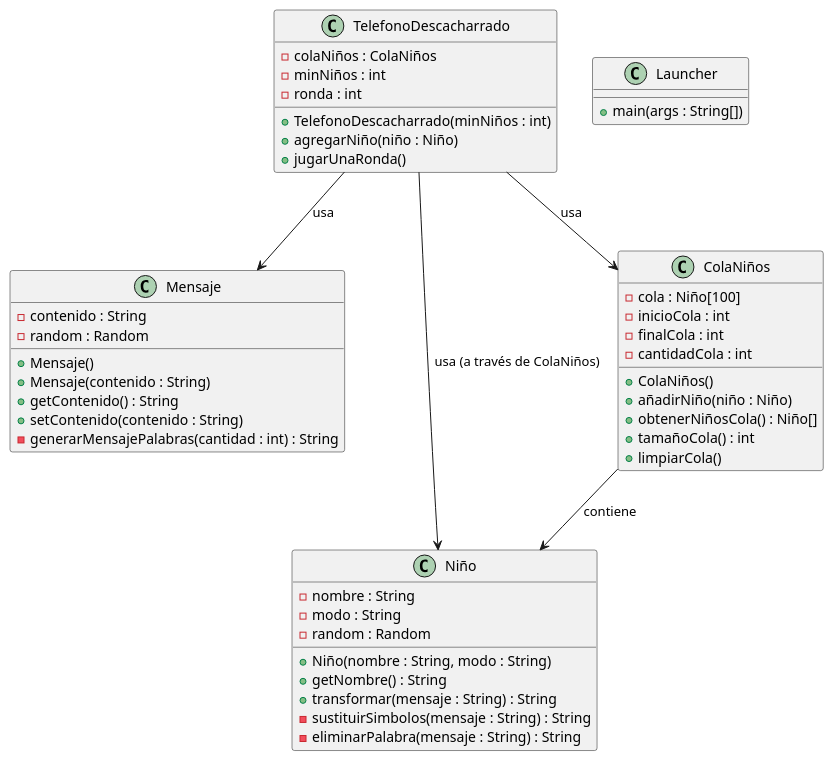
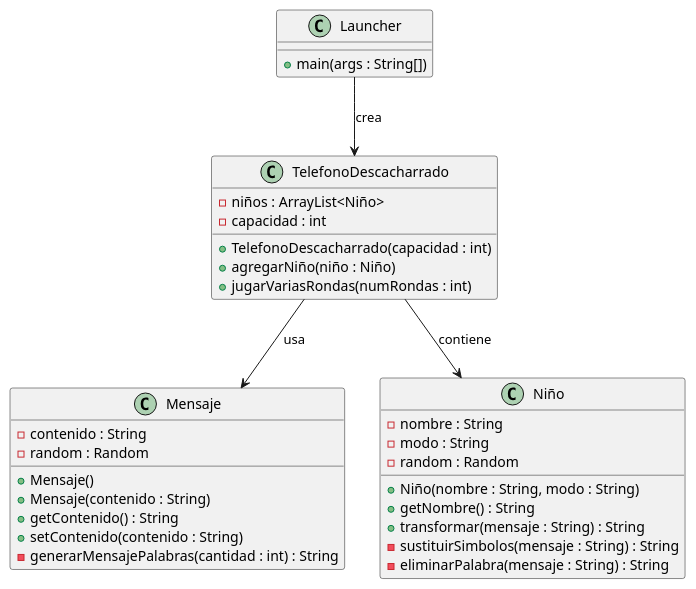
One commit to mmasias/25-26-EDA1 changed the diagram in entregas/fernandezPablo/documentosUML/diagrama_clases.puml. Above: the diagram before and after it, drawn with PlantUML. The commit also changed 2 other files, not shown here.

Commit message:
Correción clase Launcher y telefonoDescacharrado

```diff
--- a/entregas/fernandezPablo/documentosUML/diagrama_clases.puml
+++ b/entregas/fernandezPablo/documentosUML/diagrama_clases.puml
@@ -1,56 +1,41 @@
 @startuml
-' Diagrama de clases de Teléfono Descacharrado
+' Diagrama de clases de Teléfono Descacharrado (versión con ArrayList)
 
 class Mensaje {
     - contenido : String
     - random : Random
     + Mensaje()
     + Mensaje(contenido : String)
     + getContenido() : String
     + setContenido(contenido : String)
     - generarMensajePalabras(cantidad : int) : String
 }
 
 class Niño {
     - nombre : String
     - modo : String
     - random : Random
     + Niño(nombre : String, modo : String)
     + getNombre() : String
     + transformar(mensaje : String) : String
     - sustituirSimbolos(mensaje : String) : String
     - eliminarPalabra(mensaje : String) : String
 }
 
-class ColaNiños {
-    - cola : Niño[100]
-    - inicioCola : int
-    - finalCola : int
-    - cantidadCola : int
-    + ColaNiños()
-    + añadirNiño(niño : Niño)
-    + obtenerNiñosCola() : Niño[]
-    + tamañoCola() : int
-    + limpiarCola()
-}
-
 class TelefonoDescacharrado {
-    - colaNiños : ColaNiños
-    - minNiños : int
-    - ronda : int
-    + TelefonoDescacharrado(minNiños : int)
+    - niños : ArrayList<Niño>
+    - capacidad : int
+    + TelefonoDescacharrado(capacidad : int)
     + agregarNiño(niño : Niño)
-    + jugarUnaRonda()
+    + jugarVariasRondas(numRondas : int)
 }
 
 class Launcher {
     + main(args : String[])
 }
 
 ' Relaciones
-TelefonoDescacharrado --> ColaNiños : usa
-TelefonoDescacharrado --> Niño : usa (a través de ColaNiños)
+TelefonoDescacharrado --> Niño : contiene
 TelefonoDescacharrado --> Mensaje : usa
-ColaNiños --> Niño : contiene
-
+Launcher --> TelefonoDescacharrado : crea
 @enduml
```
